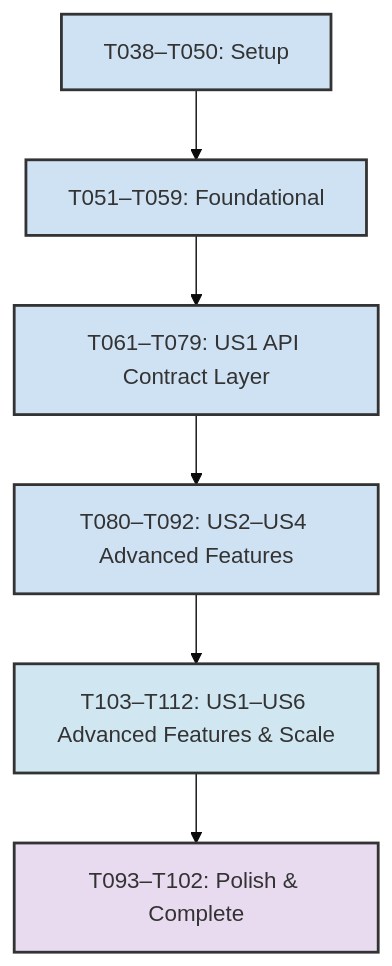
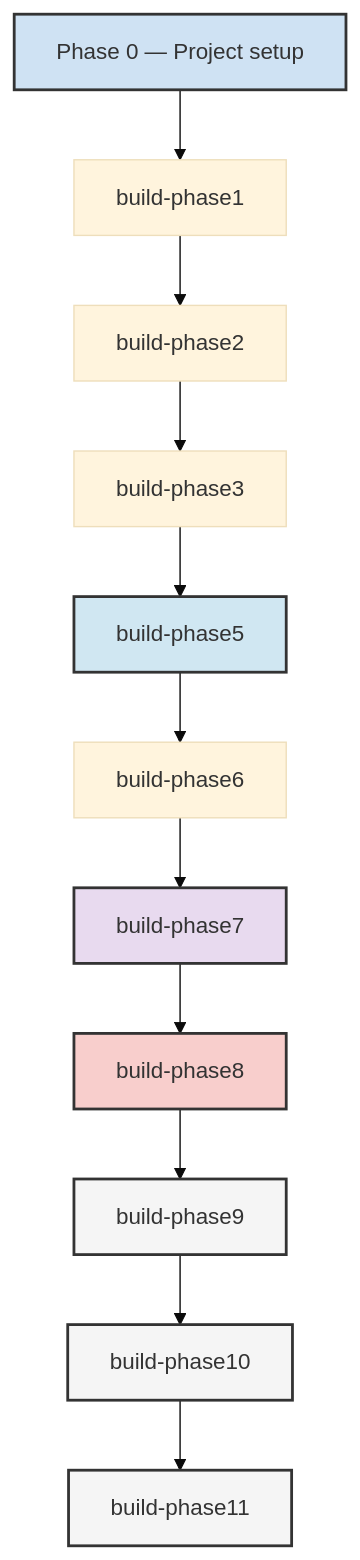
The diagram in docs/traceability-matrix.md (mezni/free09), drawn with Mermaid (base theme) before and after one commit. The commit also changed other lines of this file and 21 other files, not shown here.

````diff
--- a/docs/traceability-matrix.md
+++ b/docs/traceability-matrix.md
@@ -73,15 +182,21 @@
 ```mermaid
 graph TD
-    build-phase1[T038–T050: Setup] --> build-phase2[T051–T059: Foundational]
-    build-phase2 --> build-phase3[T061–T079: US1 API Contract Layer]
-    build-phase3 --> build-phase4[T080–T092: US2–US4 Advanced Features]
-    build-phase4 --> build-phase5[T103–T112: US1–US6 Advanced Features & Scale]
-    build-phase5 --> build-phase7[T093–T102: Polish & Complete]
-    
-    style build-phase1 fill:#cfe2f3,stroke:#333,stroke-width:2px
-    style build-phase2 fill:#cfe2f3,stroke:#333,stroke-width:2px
-    style build-phase3 fill:#cfe2f3,stroke:#333,stroke-width:2px
-    style build-phase4 fill:#cfe2f3,stroke:#333,stroke-width:2px
-    style build-phase5 fill:#d0e7f2,stroke:#333,stroke-width:2px
-    style build-phase7 fill:#e8daef,stroke:#333,stroke-width:2px
+    setup[Phase 0 — Project setup] --> phase1[build-phase1]
+    phase1 --> phase2[build-phase2]
+    phase2 --> phase3[build-phase3]
+    phase3 --> phase5[build-phase5]
+    phase5 --> phase6[build-phase6]
+    phase6 --> phase7[build-phase7]
+    phase7 --> phase8[build-phase8]
+    phase8 --> phase9[build-phase9]
+    phase9 --> phase10[build-phase10]
+    phase10 --> phase11[build-phase11]
+
+    style setup fill:#cfe2f3,stroke:#333,stroke-width:2px
+    style phase5 fill:#d0e7f2,stroke:#333,stroke-width:2px
+    style phase7 fill:#e8daef,stroke:#333,stroke-width:2px
+    style phase8 fill:#f8cecc,stroke:#333,stroke-width:2px
+    style phase9 fill:#f5f5f5,stroke:#333,stroke-width:2px
+    style phase10 fill:#f5f5f5,stroke:#333,stroke-width:2px
+    style phase11 fill:#f5f5f5,stroke:#333,stroke-width:2px
 ```
````
